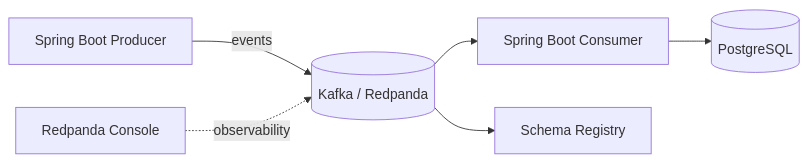
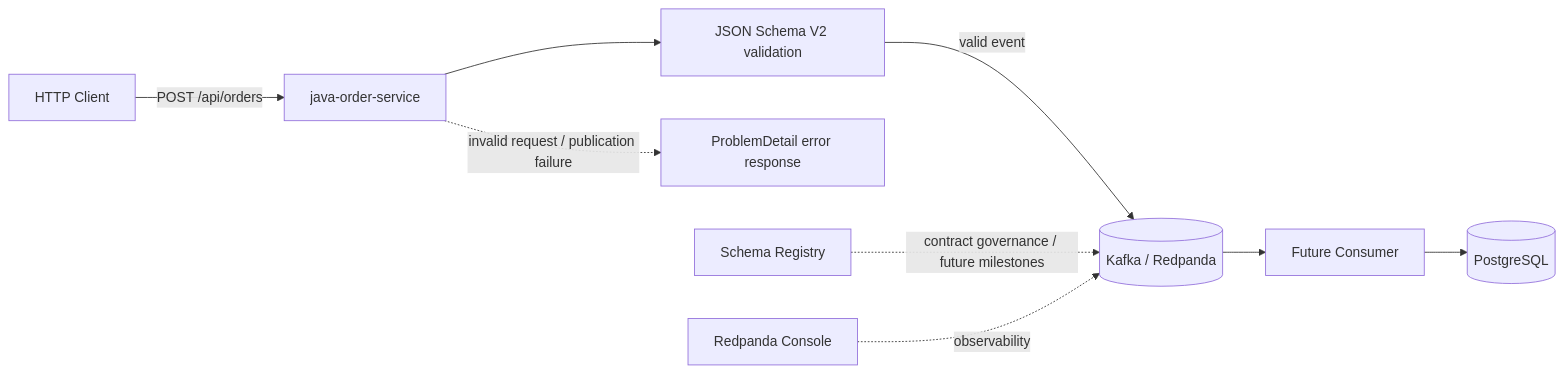
One commit to loganDTR/event-driven-architecture-lab changed the diagram in README.md. Above: the diagram before and after it, drawn with Mermaid. The commit also changed other lines of this file, not shown here.

Commit message:
docs: update README for producer milestone

````diff
--- a/README.md
+++ b/README.md
@@ -20,9 +21,13 @@
 ```mermaid
 flowchart LR
-    P[Spring Boot Producer] -->|events| K[(Kafka / Redpanda)]
-    K --> C[Spring Boot Consumer]
-    K --> SR[Schema Registry]
+    CL[HTTP Client] -->|POST /api/orders| P[java-order-service]
+    P --> V[JSON Schema V2 validation]
+    V -->|valid event| K[(Kafka / Redpanda)]
+    P -.->|invalid request / publication failure| E[ProblemDetail error response]
+
+    K --> C[Future Consumer]
     C --> DB[(PostgreSQL)]
 
+    SR[Schema Registry] -. contract governance / future milestones .-> K
     RP[Redpanda Console] -. observability .-> K
 ```
````
